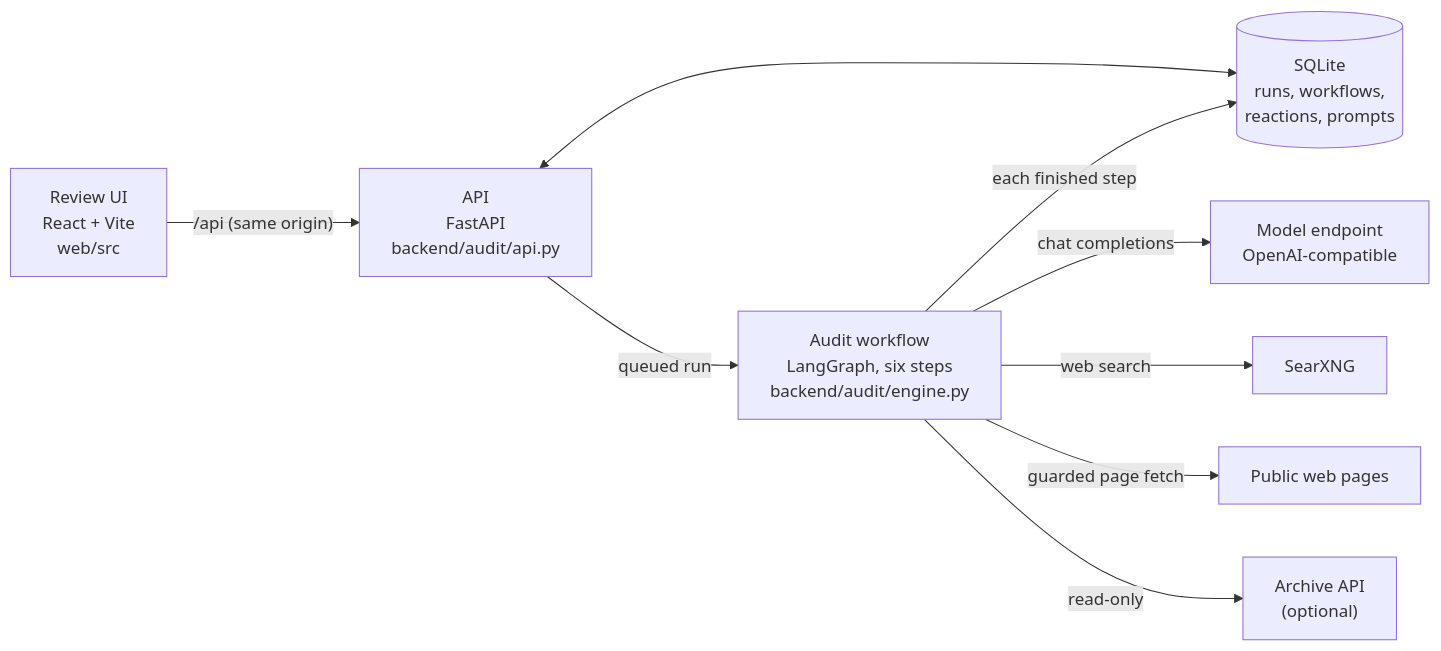
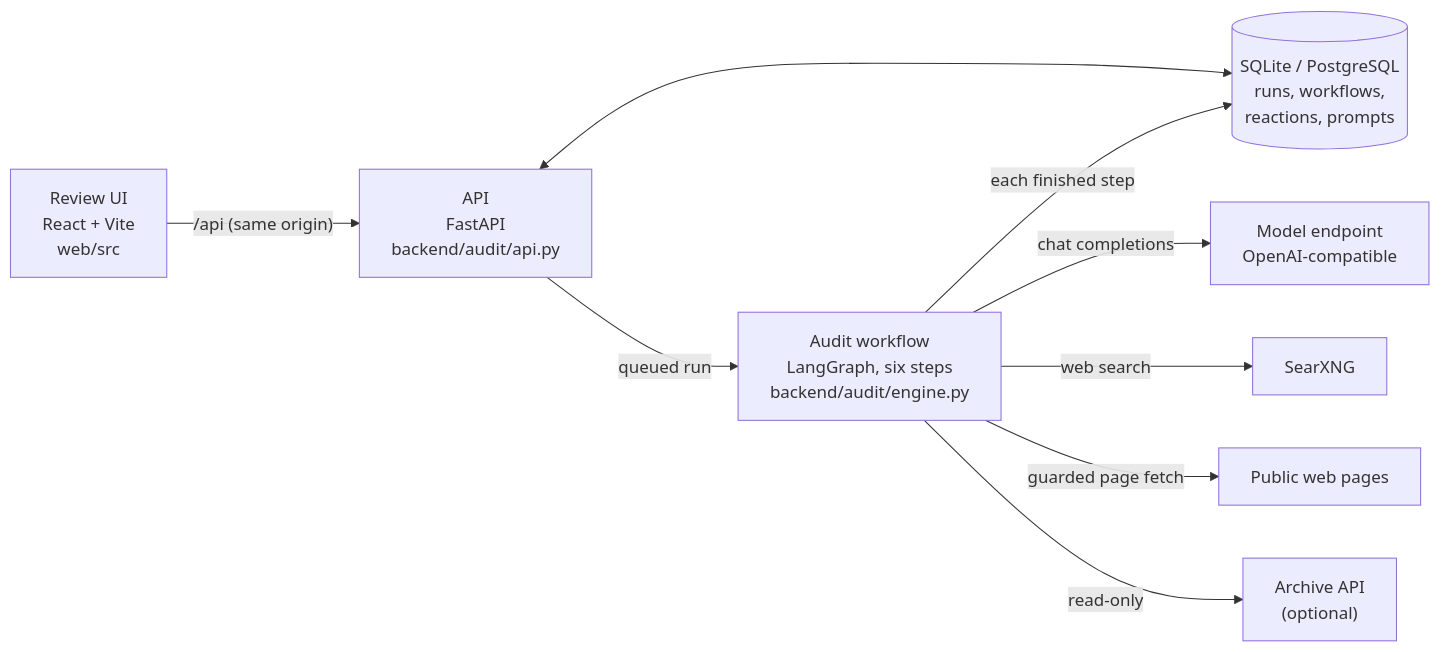
One commit to karakutu-xyz/karakutu-ai-audit changed the first of 2 diagrams in docs/architecture.md. Above: the diagram before and after it, drawn with Mermaid. The commit also changed other lines of this file and 30 other files, not shown here.

First line of the commit message:
PostgreSQL support for the data layer

````diff
--- a/docs/architecture.md
+++ b/docs/architecture.md
@@ -9,11 +9,11 @@
 ```mermaid
 flowchart LR
     UI["Review UI<br/>React + Vite<br/>web/src"] -->|"/api (same origin)"| API["API<br/>FastAPI<br/>backend/audit/api.py"]
     API -->|"queued run"| WF["Audit workflow<br/>LangGraph, six steps<br/>backend/audit/engine.py"]
-    API <--> DB[("SQLite<br/>runs, workflows,<br/>reactions, prompts")]
+    API <--> DB[("SQLite / PostgreSQL<br/>runs, workflows,<br/>reactions, prompts")]
     WF -->|"each finished step"| DB
     WF -->|"chat completions"| M["Model endpoint<br/>OpenAI-compatible"]
     WF -->|"web search"| S["SearXNG"]
     WF -->|"guarded page fetch"| WEB["Public web pages"]
     WF -->|"read-only"| AR["Archive API<br/>(optional)"]
 ```
````
